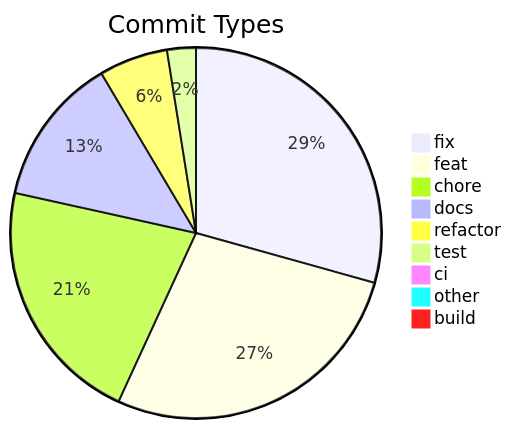
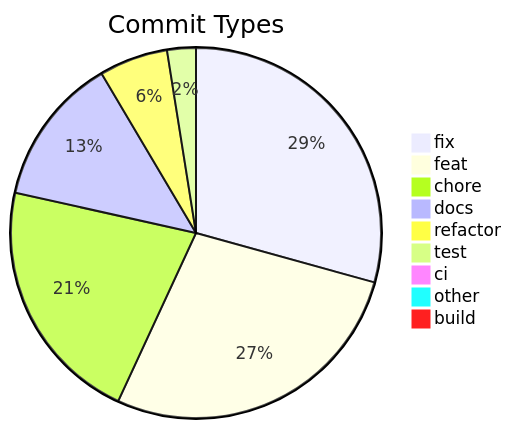
Before and after one commit to svenroth-ai/shipwright: the diagram in .shipwright/compliance/change-history.md, drawn with Mermaid. The commit also changed other lines of this file and 102 other files, not shown here.

````diff
--- a/.shipwright/compliance/change-history.md
+++ b/.shipwright/compliance/change-history.md
@@ -8,12 +8,12 @@
 ```mermaid
 pie title Commit Types
     "fix" : 327
-    "feat" : 307
+    "feat" : 308
     "chore" : 241
     "docs" : 145
     "refactor" : 67
     "test" : 28
     "ci" : 11
-    "other" : 7
+    "other" : 8
     "build" : 1
 ```
````
